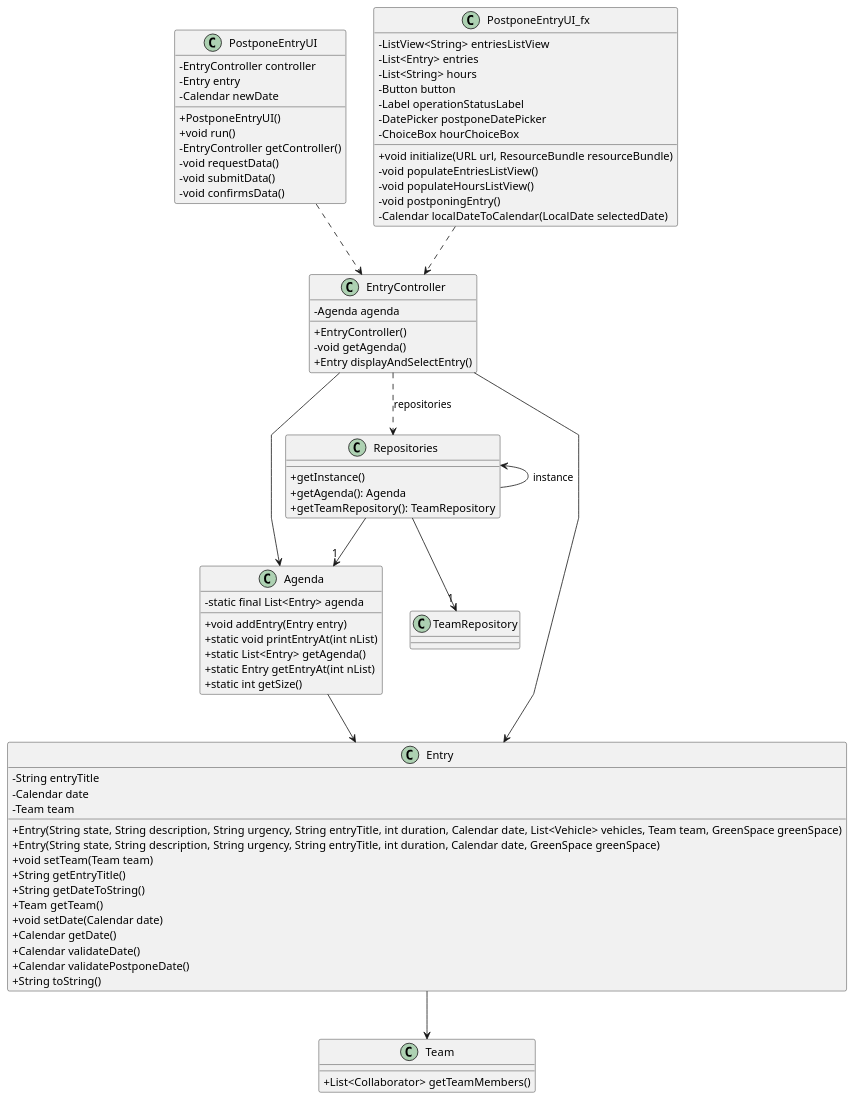
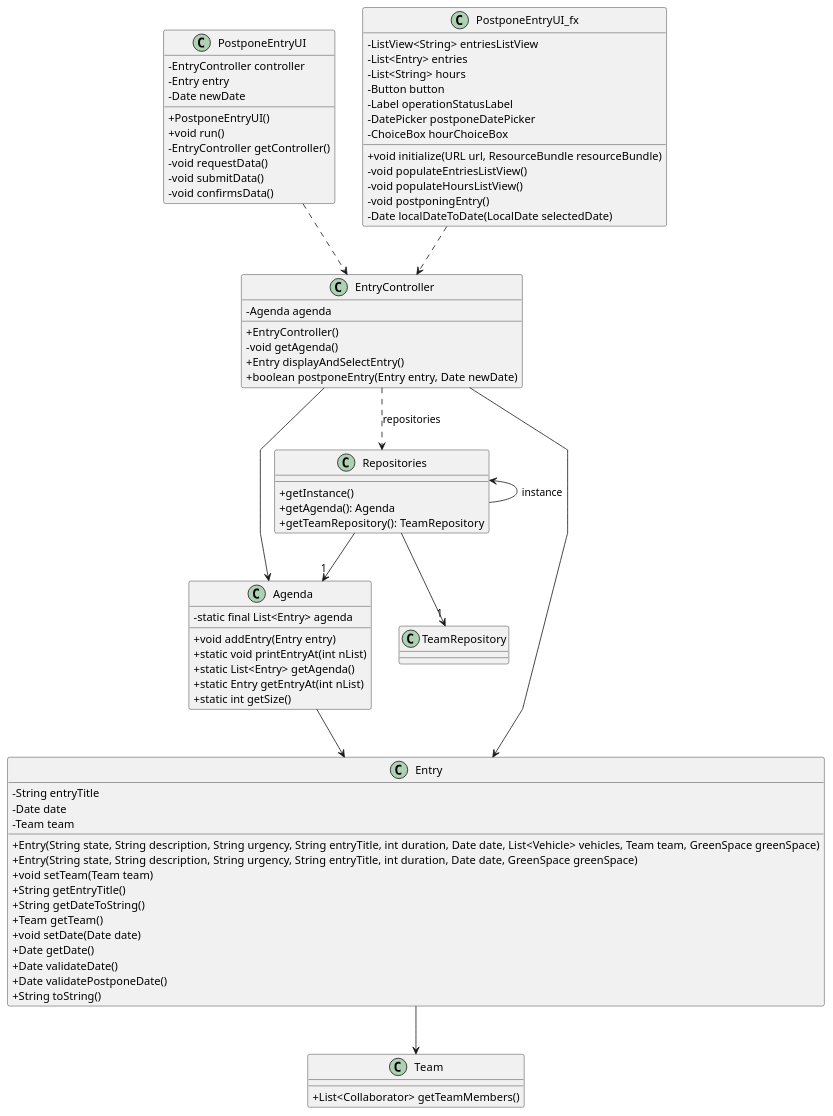
The diagram in docs/sprintC/us024/03.design/puml/us024-class-diagram.puml (RicardoMorim/lapr2-ISEP-Project), drawn with PlantUML before and after one commit. The commit also changed 4 other files, not shown here.

Commit message:
corrected some aspects on diagrams of the us024

```diff
--- a/docs/sprintC/us024/03.design/puml/us024-class-diagram.puml
+++ b/docs/sprintC/us024/03.design/puml/us024-class-diagram.puml
@@ -1,93 +1,91 @@
 @startuml
 'skinparam monochrome true
 skinparam packageStyle rectangle
 skinparam shadowing false
 skinparam linetype polyline
 'skinparam linetype orto
 skinparam classAttributeIconSize 0
 'left to right direction
-
 
 EntryController --> Agenda
 EntryController ..> Repositories : repositories
 EntryController --> Entry
 Entry --> Team
 PostponeEntryUI ..> EntryController
 Repositories --> "1" Agenda
 Repositories --> "1" TeamRepository
 Repositories <-- Repositories : instance
 PostponeEntryUI_fx ..> EntryController
 Agenda --> Entry
 
-  class EntryController {
-        -Agenda agenda
-        +EntryController()
-        -void getAgenda()
-        +Entry displayAndSelectEntry()
-    }
+class EntryController {
+    -Agenda agenda
+    +EntryController()
+    -void getAgenda()
+    +Entry displayAndSelectEntry()
+    +boolean postponeEntry(Entry entry, Date newDate)
+}
 
+class Entry {
+    -String entryTitle
+    -Date date
+    -Team team
+    +Entry(String state, String description, String urgency, String entryTitle, int duration, Date date, List<Vehicle> vehicles, Team team, GreenSpace greenSpace)
+    +Entry(String state, String description, String urgency, String entryTitle, int duration, Date date, GreenSpace greenSpace)
+    +void setTeam(Team team)
+    +String getEntryTitle()
+    +String getDateToString()
+    +Team getTeam()
+    +void setDate(Date date)
+    +Date getDate()
+    +Date validateDate()
+    +Date validatePostponeDate()
+    +String toString()
+}
 
-    class Entry {
-        -String entryTitle
-        -Calendar date
-        -Team team
-        +Entry(String state, String description, String urgency, String entryTitle, int duration, Calendar date, List<Vehicle> vehicles, Team team, GreenSpace greenSpace)
-        +Entry(String state, String description, String urgency, String entryTitle, int duration, Calendar date, GreenSpace greenSpace)
-        +void setTeam(Team team)
-        +String getEntryTitle()
-        +String getDateToString()
-        +Team getTeam()
-        +void setDate(Calendar date)
-        +Calendar getDate()
-        +Calendar validateDate()
-        +Calendar validatePostponeDate()
-        +String toString()
-    }
+class Team {
+    +List<Collaborator> getTeamMembers()
+}
 
-    class Team {
-        +List<Collaborator> getTeamMembers()
-    }
+class Agenda {
+    -static final List<Entry> agenda
+    +void addEntry(Entry entry)
+    +static void printEntryAt(int nList)
+    +static List<Entry> getAgenda()
+    +static Entry getEntryAt(int nList)
+    +static int getSize()
+}
 
+class PostponeEntryUI {
+    -EntryController controller
+    -Entry entry
+    -Date newDate
+    +PostponeEntryUI()
+    +void run()
+    -EntryController getController()
+    -void requestData()
+    -void submitData()
+    -void confirmsData()
+}
 
-    class Agenda {
-        -static final List<Entry> agenda
-        +void addEntry(Entry entry)
-        +static void printEntryAt(int nList)
-        +static List<Entry> getAgenda()
-        +static Entry getEntryAt(int nList)
-        +static int getSize()
-    }
-
-    class PostponeEntryUI {
-        -EntryController controller
-        -Entry entry
-        -Calendar newDate
-        +PostponeEntryUI()
-        +void run()
-        -EntryController getController()
-        -void requestData()
-        -void submitData()
-        -void confirmsData()
-    }
-
-    class PostponeEntryUI_fx {
-        -ListView<String> entriesListView
-        -List<Entry> entries
-        -List<String> hours
-        -Button button
-        -Label operationStatusLabel
-        -DatePicker postponeDatePicker
-        -ChoiceBox hourChoiceBox
-        +void initialize(URL url, ResourceBundle resourceBundle)
-        -void populateEntriesListView()
-        -void populateHoursListView()
-        -void postponingEntry()
-        -Calendar localDateToCalendar(LocalDate selectedDate)
-    }
+class PostponeEntryUI_fx {
+    -ListView<String> entriesListView
+    -List<Entry> entries
+    -List<String> hours
+    -Button button
+    -Label operationStatusLabel
+    -DatePicker postponeDatePicker
+    -ChoiceBox hourChoiceBox
+    +void initialize(URL url, ResourceBundle resourceBundle)
+    -void populateEntriesListView()
+    -void populateHoursListView()
+    -void postponingEntry()
+    -Date localDateToDate(LocalDate selectedDate)
+}
 
 class Repositories{
     +getInstance()
     + getAgenda(): Agenda
     + getTeamRepository(): TeamRepository
-    }
+}
 @enduml
```
